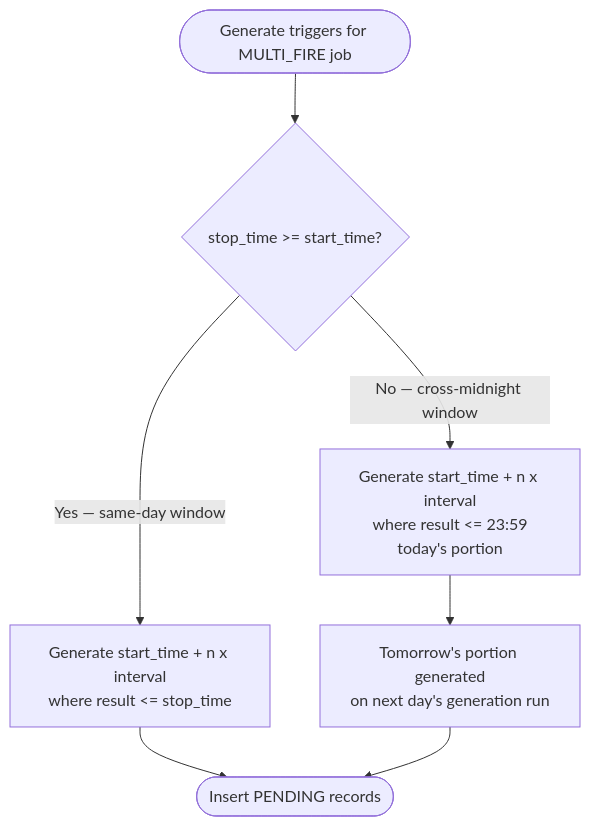
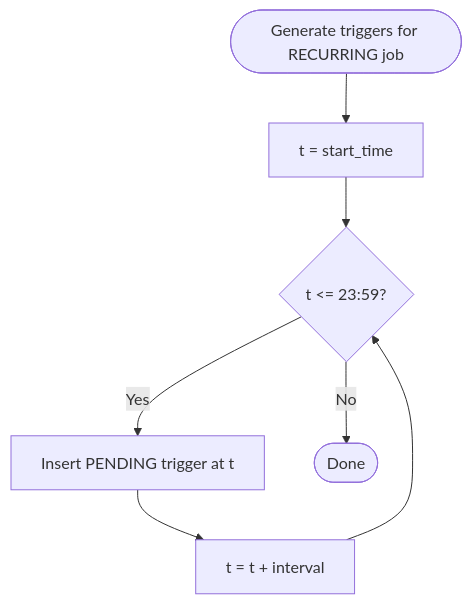
Before and after one commit to mars-xiaoyi/wealthfinder: the first of 6 diagrams in docs/admin-tad.md, drawn with Mermaid. The commit also changed other lines of this file and 12 other files, not shown here.

````diff
--- a/docs/admin-tad.md
+++ b/docs/admin-tad.md
@@ -105,9 +112,9 @@
 ```mermaid
 flowchart TD
-    A([Generate triggers for MULTI_FIRE job]) --> B{stop_time >= start_time?}
-    B -->|Yes — same-day window| C[Generate start_time + n x interval\nwhere result <= stop_time]
-    B -->|No — cross-midnight window| D[Generate start_time + n x interval\nwhere result <= 23:59\ntoday's portion]
-    D --> E[Tomorrow's portion generated\non next day's generation run]
-    C --> F([Insert PENDING records])
-    E --> F
+    A([Generate triggers for RECURRING job]) --> B[t = start_time]
+    B --> C{t <= 23:59?}
+    C -->|Yes| D[Insert PENDING trigger at t]
+    D --> E[t = t + interval]
+    E --> C
+    C -->|No| F([Done])
 ```
````
